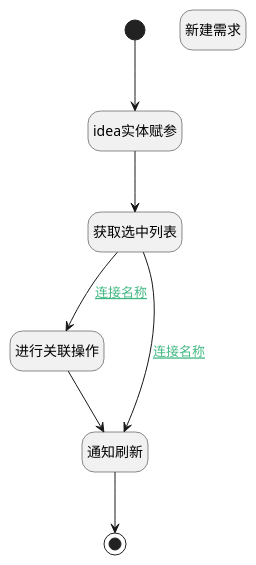
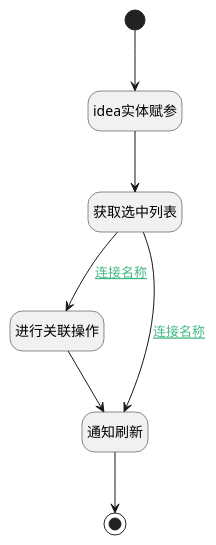
The diagram in doc/docsify/module/ProdMgmt/idea/uilogic/create_and_relation_customer.md (iBizLab/plm), drawn with PlantUML before and after one commit. The commit also changed other lines of this file and 2903 other files, not shown here.

````diff
--- a/doc/docsify/module/ProdMgmt/idea/uilogic/create_and_relation_customer.md
+++ b/doc/docsify/module/ProdMgmt/idea/uilogic/create_and_relation_customer.md
@@ -7,29 +7,28 @@
 ```plantuml
 @startuml
 hide footbox
 <style>
 root {
   HyperlinkColor #42b983
 }
 </style>
 
 hide empty description
 state "开始" as Begin <<start>> [[$./create_and_relation_customer#begin {开始}]]
 state "idea实体赋参" as PREPAREJSPARAM2  [[$./create_and_relation_customer#preparejsparam2 {idea实体赋参}]]
 state "进行关联操作" as DEACTION1  [[$./create_and_relation_customer#deaction1 {进行关联操作}]]
 state "通知刷新" as RAWJSCODE3  [[$./create_and_relation_customer#rawjscode3 {通知刷新}]]
 state "结束" as END1 <<end>> [[$./create_and_relation_customer#end1 {结束}]]
-state "新建需求" as create_idea  [[$./create_and_relation_customer#create_idea {新建需求}]]
 state "获取选中列表" as RAWJSCODE2  [[$./create_and_relation_customer#rawjscode2 {获取选中列表}]]
 
 
 Begin --> PREPAREJSPARAM2
 PREPAREJSPARAM2 --> RAWJSCODE2
 RAWJSCODE2 --> DEACTION1 : [[$./create_and_relation_customer#rawjscode2-deaction1{连接名称} 连接名称]]
 DEACTION1 --> RAWJSCODE3
 RAWJSCODE3 --> END1
 RAWJSCODE2 --> RAWJSCODE3 : [[$./create_and_relation_customer#rawjscode2-rawjscode3{连接名称} 连接名称]]
 
 
 @enduml
 ```
````
